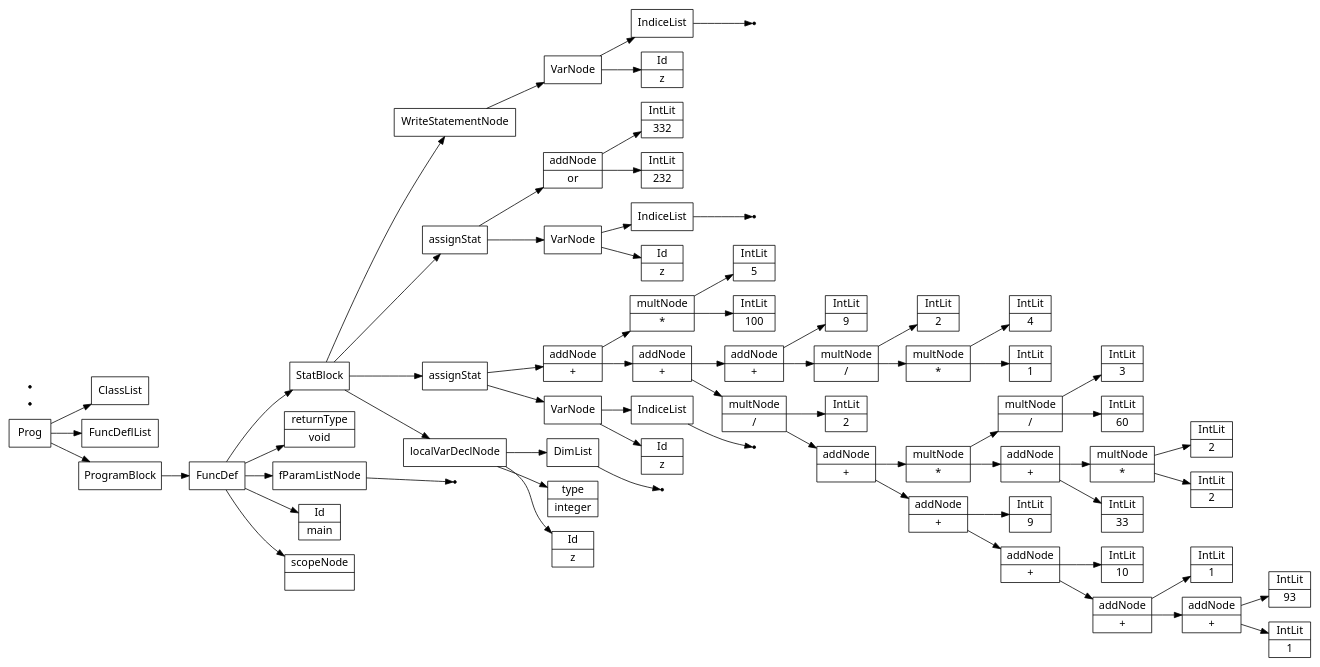
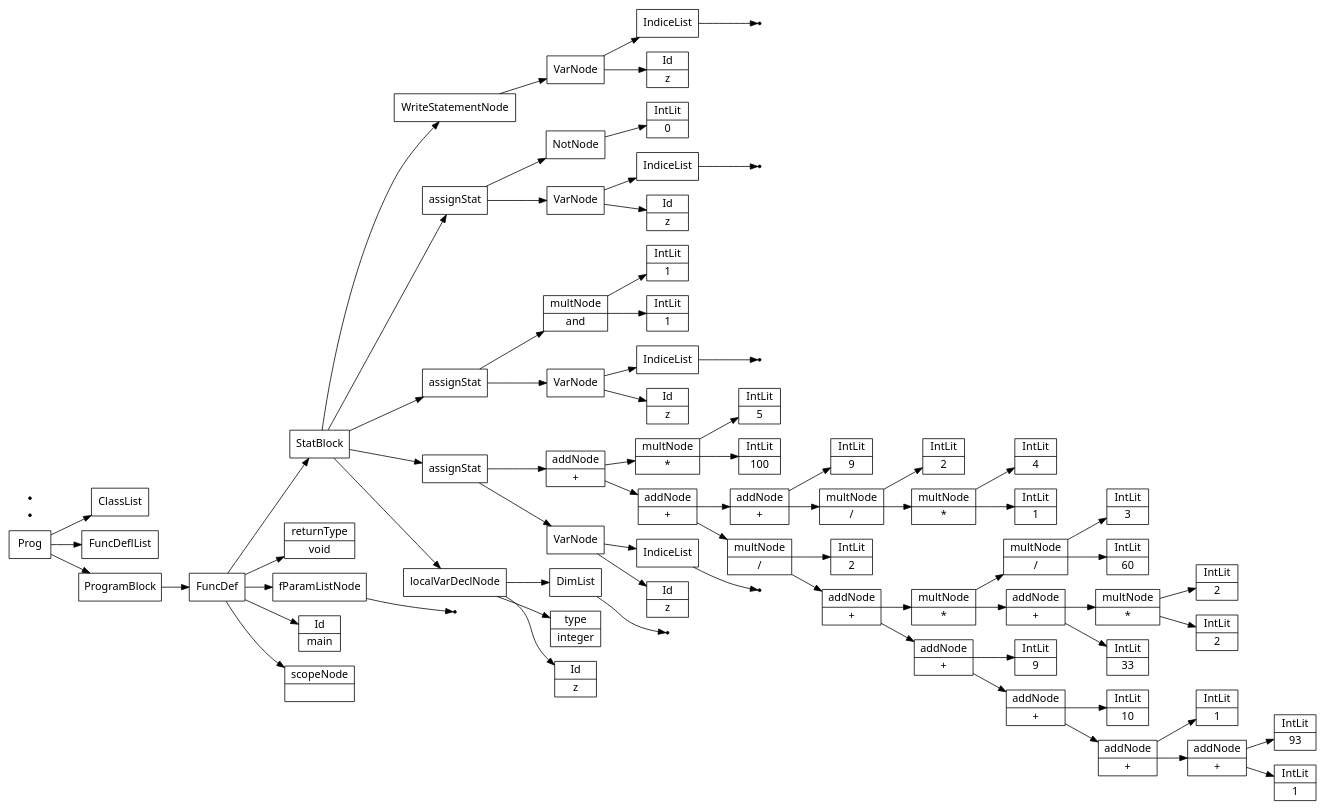
Before and after one commit to Saf1u/Kompiler: the diagram in files/semantictests/testc.src.ast.dot, drawn with Graphviz. The commit also changed 7 other files, not shown here.

```diff
--- a/files/semantictests/testc.src.ast.dot
+++ b/files/semantictests/testc.src.ast.dot
@@ -1,139 +1,153 @@
 digraph AST {
 node [shape=record];
  node [fontname=Sans];charset="UTF-8" splines=true splines=spline rankdir =LR ordering="out"
 1[label="scopeNode| "];
 none3[shape="point"];
 4[label="fParamListNode"];
 4->none3;
 5[label="returnType|void"];
 7[label="Id|z"];
 8[label="type|integer"];
 none10[shape="point"];
 11[label="DimList"];
 11->none10;
 12[label="localVarDeclNode"];
 12->11;
 12->8;
 12->7;
 13[label="Id|z"];
 none15[shape="point"];
 16[label="IndiceList"];
 16->none15;
 17[label="VarNode"];
 17->16;
 17->13;
 18[label="IntLit|1"];
 19[label="addNode|+"];
 20[label="IntLit|93"];
 19->20;
 19->18;
 21[label="addNode|+"];
 22[label="IntLit|1"];
 21->22;
 21->19;
 23[label="addNode|+"];
 24[label="IntLit|10"];
 23->24;
 23->21;
 25[label="addNode|+"];
 26[label="IntLit|9"];
 25->26;
 25->23;
 27[label="addNode|+"];
 28[label="IntLit|33"];
 29[label="addNode|+"];
 30[label="IntLit|2"];
 31[label="multNode|*"];
 32[label="IntLit|2"];
 31->32;
 31->30;
 29->31;
 29->28;
 33[label="multNode|*"];
 34[label="IntLit|60"];
 35[label="multNode|/"];
 36[label="IntLit|3"];
 35->36;
 35->34;
 33->35;
 33->29;
 27->33;
 27->25;
 37[label="multNode|/"];
 38[label="IntLit|2"];
 37->38;
 37->27;
 39[label="addNode|+"];
 40[label="IntLit|1"];
 41[label="multNode|*"];
 42[label="IntLit|4"];
 41->42;
 41->40;
 43[label="multNode|/"];
 44[label="IntLit|2"];
 43->44;
 43->41;
 45[label="addNode|+"];
 46[label="IntLit|9"];
 45->46;
 45->43;
 39->45;
 39->37;
 47[label="addNode|+"];
 48[label="IntLit|100"];
 49[label="multNode|*"];
 50[label="IntLit|5"];
 49->50;
 49->48;
 47->49;
 47->39;
 51[label="assignStat"];
 51->47;
 51->17;
 52[label="Id|z"];
 none54[shape="point"];
 55[label="IndiceList"];
 55->none54;
 56[label="VarNode"];
 56->55;
 56->52;
-57[label="IntLit|232"];
-58[label="addNode|or"];
-59[label="IntLit|332"];
+57[label="IntLit|1"];
+58[label="multNode|and"];
+59[label="IntLit|1"];
 58->59;
 58->57;
 60[label="assignStat"];
 60->58;
 60->56;
 61[label="Id|z"];
 none63[shape="point"];
 64[label="IndiceList"];
 64->none63;
 65[label="VarNode"];
 65->64;
 65->61;
-66[label="WriteStatementNode"];
-66->65;
-67[label="StatBlock"];
+66[label="IntLit|0"];
+67[label="NotNode"];
 67->66;
-67->60;
-67->51;
-67->12;
-68[label="FuncDef"];
+68[label="assignStat"];
+68->67;
+68->65;
+69[label="Id|z"];
+none71[shape="point"];
+72[label="IndiceList"];
+72->none71;
+73[label="VarNode"];
+73->72;
+73->69;
+74[label="WriteStatementNode"];
+74->73;
+75[label="StatBlock"];
+75->74;
+75->68;
+75->60;
+75->51;
+75->12;
+76[label="FuncDef"];
 0[label="Id|main"];
-68->67;
-68->5;
-68->4;
-68->0;
-68->1;
-69[label="ClassList"];
-70[label="FuncDeflList"];
-71[label="Prog"];
-72[label="ProgramBlock"];
-72->68;
-none73[shape="point"];
-none74[shape="point"];
-71->69;
-71->70;
-71->72;
+76->75;
+76->5;
+76->4;
+76->0;
+76->1;
+77[label="ClassList"];
+78[label="FuncDeflList"];
+79[label="Prog"];
+80[label="ProgramBlock"];
+80->76;
+none81[shape="point"];
+none82[shape="point"];
+79->77;
+79->78;
+79->80;
 }
```
